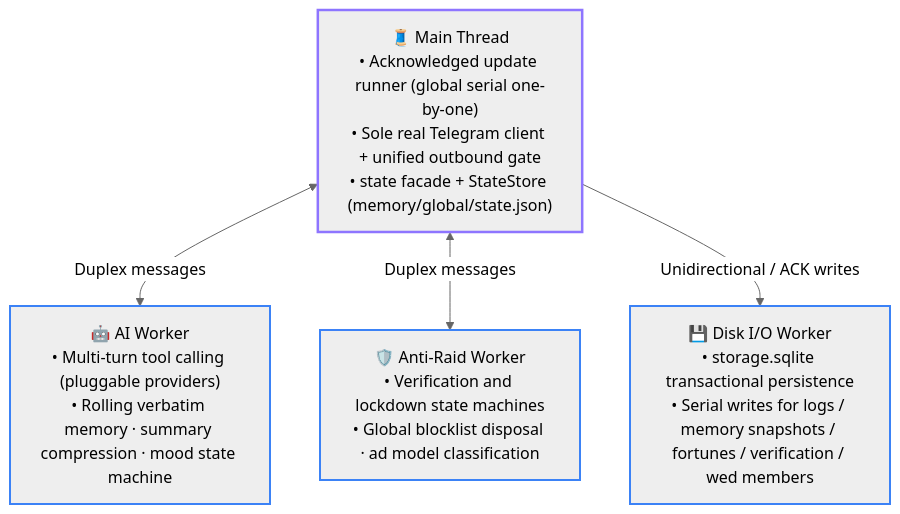
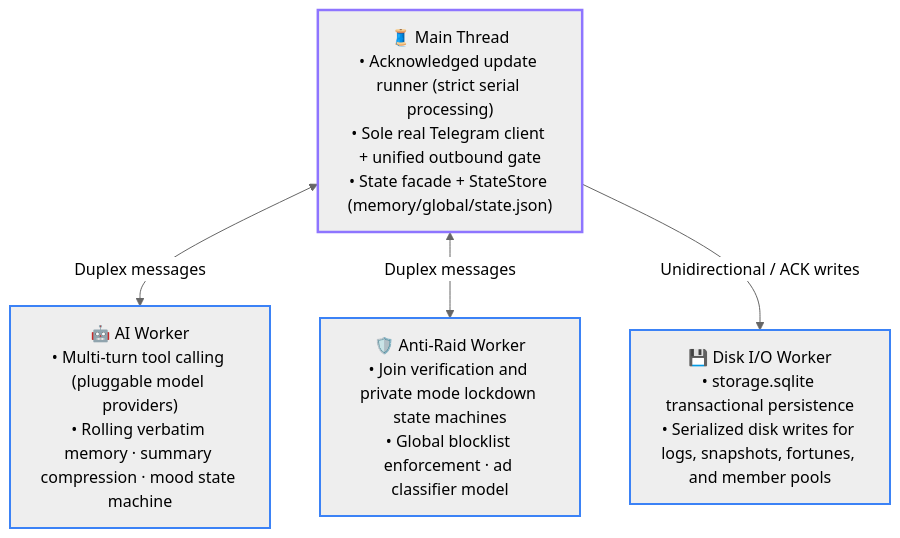
Before and after one commit to Asashishi/copy_ninjia: the first of 2 diagrams in docs/en/02-architecture.md, drawn with Mermaid (neutral theme). The commit also changed other lines of this file and 1078 other files, not shown here.

````diff
--- a/docs/en/02-architecture.md
+++ b/docs/en/02-architecture.md
@@ -17,14 +17,14 @@
 ```mermaid
 flowchart TD
     classDef main stroke:#8e75ff,stroke-width:2.5px;
     classDef worker stroke:#3b82f6,stroke-width:2px;
 
-    MAIN["🧵 Main Thread<br/>• Acknowledged update runner (global serial one-by-one)<br/>• Sole real Telegram client + unified outbound gate<br/>• state facade + StateStore (memory/global/state.json)"]:::main
-    AI["🤖 AI Worker<br/>• Multi-turn tool calling (pluggable providers)<br/>• Rolling verbatim memory · summary compression · mood state machine"]:::worker
-    RAID["🛡️ Anti-Raid Worker<br/>• Verification and lockdown state machines<br/>• Global blocklist disposal · ad model classification"]:::worker
-    DISK["💾 Disk I/O Worker<br/>• storage.sqlite transactional persistence<br/>• Serial writes for logs / memory snapshots / fortunes / verification / wed members"]:::worker
+    MAIN["🧵 Main Thread<br/>• Acknowledged update runner (strict serial processing)<br/>• Sole real Telegram client + unified outbound gate<br/>• State facade + StateStore (memory/global/state.json)"]:::main
+    AI["🤖 AI Worker<br/>• Multi-turn tool calling (pluggable model providers)<br/>• Rolling verbatim memory · summary compression · mood state machine"]:::worker
+    RAID["🛡️ Anti-Raid Worker<br/>• Join verification and private mode lockdown state machines<br/>• Global blocklist enforcement · ad classifier model"]:::worker
+    DISK["💾 Disk I/O Worker<br/>• storage.sqlite transactional persistence<br/>• Serialized disk writes for logs, snapshots, fortunes, and member pools"]:::worker
 
     MAIN <-->|Duplex messages| AI
     MAIN <-->|Duplex messages| RAID
     MAIN -->|Unidirectional / ACK writes| DISK
 ```
````
